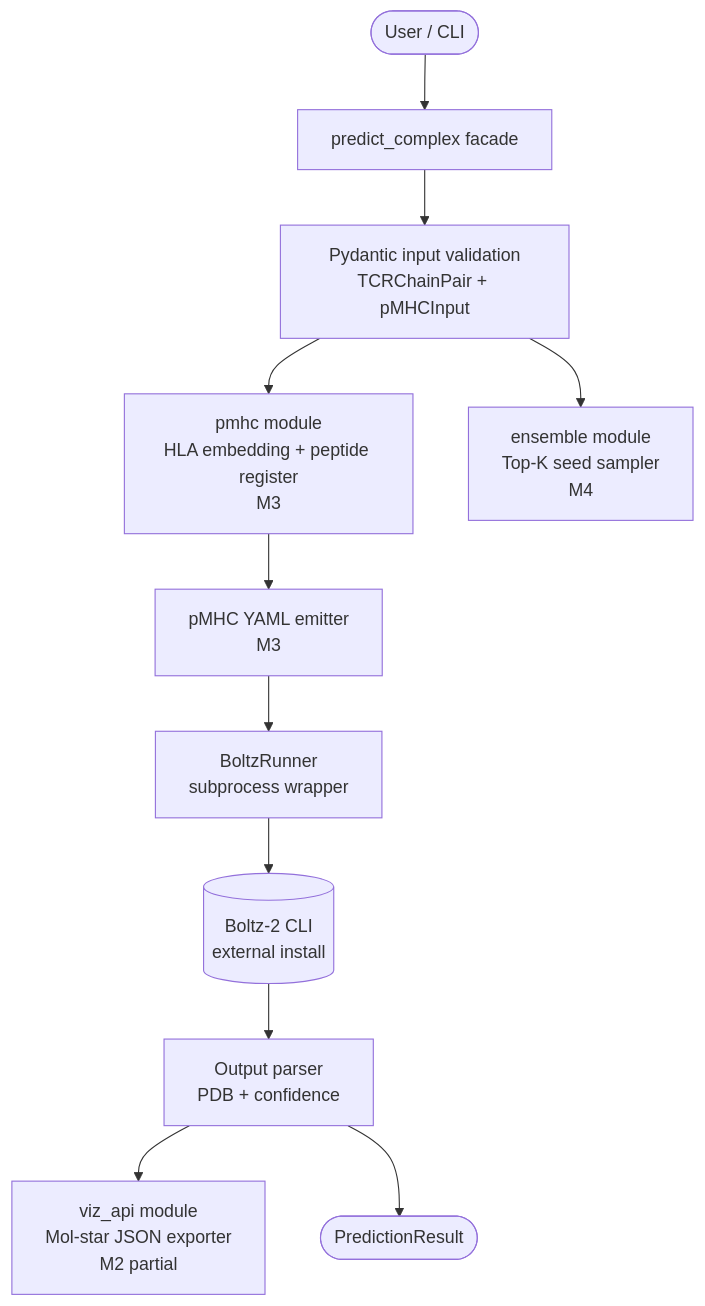
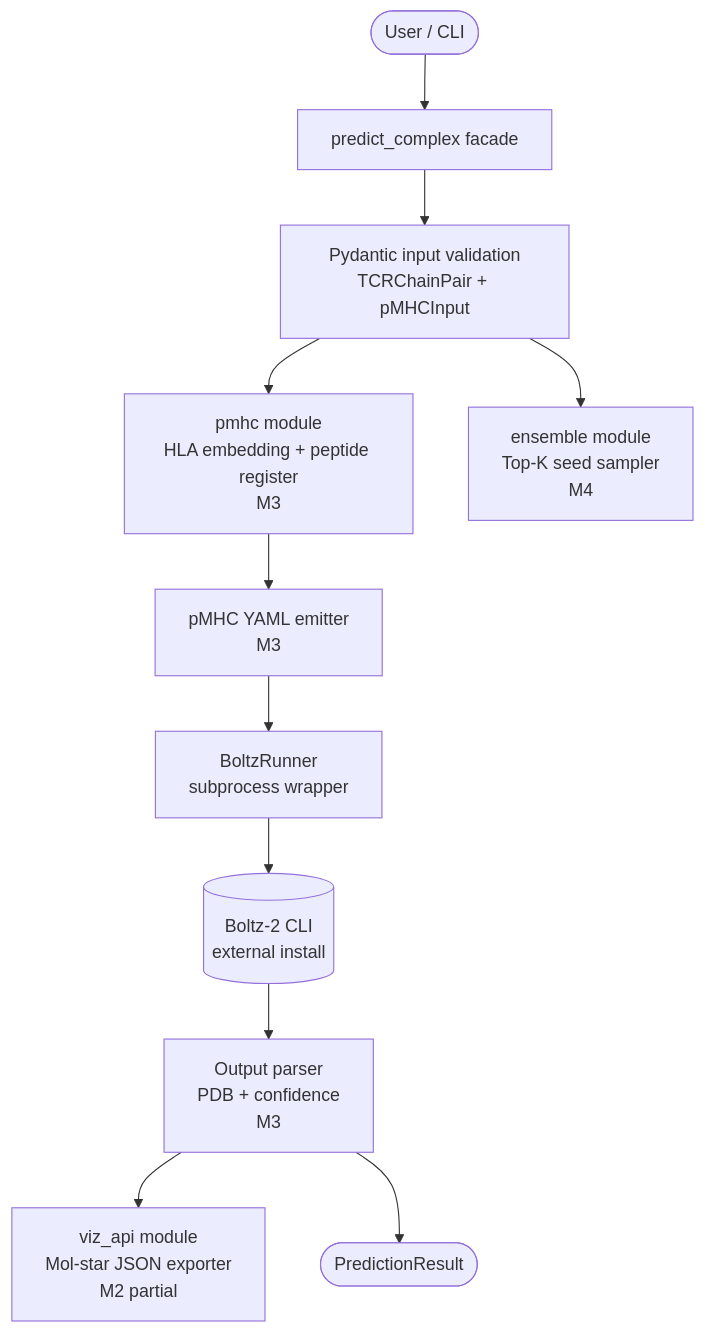
Before and after one commit to hinanohart/parafold: the diagram in README.md, drawn with Mermaid.

Commit message:
docs: QA fix (rendering/content)

````diff
--- a/README.md
+++ b/README.md
@@ -15,13 +15,13 @@
 ```mermaid
 flowchart TD
     User([User / CLI]) --> Facade[predict_complex facade]
     Facade --> Validator[Pydantic input validation\nTCRChainPair + pMHCInput]
     Validator --> pMHC[pmhc module\nHLA embedding + peptide register\nM3]
     Validator --> Ensemble[ensemble module\nTop-K seed sampler\nM4]
     pMHC --> YAMLEmitter[pMHC YAML emitter\nM3]
     YAMLEmitter --> BoltzRunner[BoltzRunner\nsubprocess wrapper]
     BoltzRunner --> Boltz2[(Boltz-2 CLI\nexternal install)]
-    Boltz2 --> OutputParser[Output parser\nPDB + confidence]
+    Boltz2 --> OutputParser[Output parser\nPDB + confidence\nM3]
     OutputParser --> VizAPI[viz_api module\nMol-star JSON exporter\nM2 partial]
     OutputParser --> Result([PredictionResult])
 ```
````
